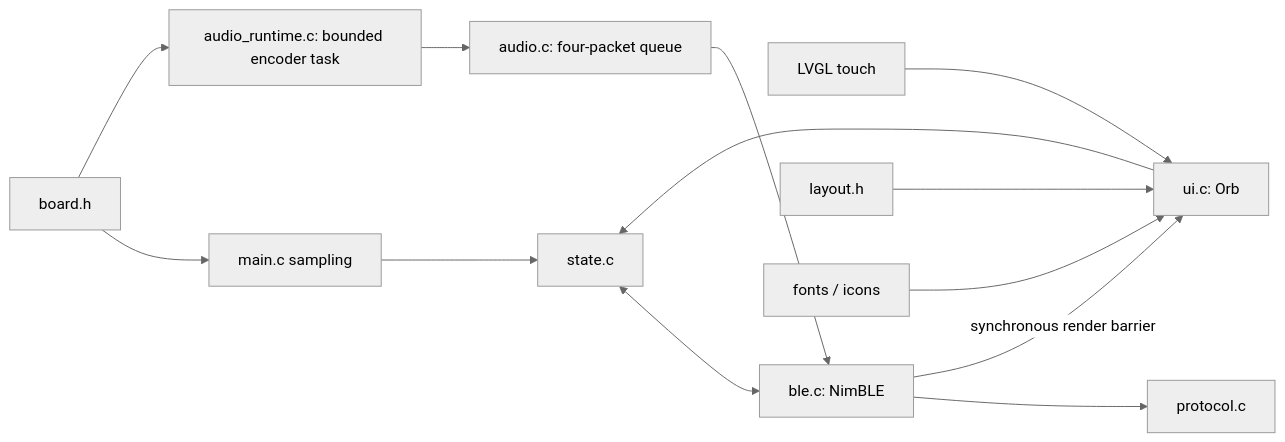
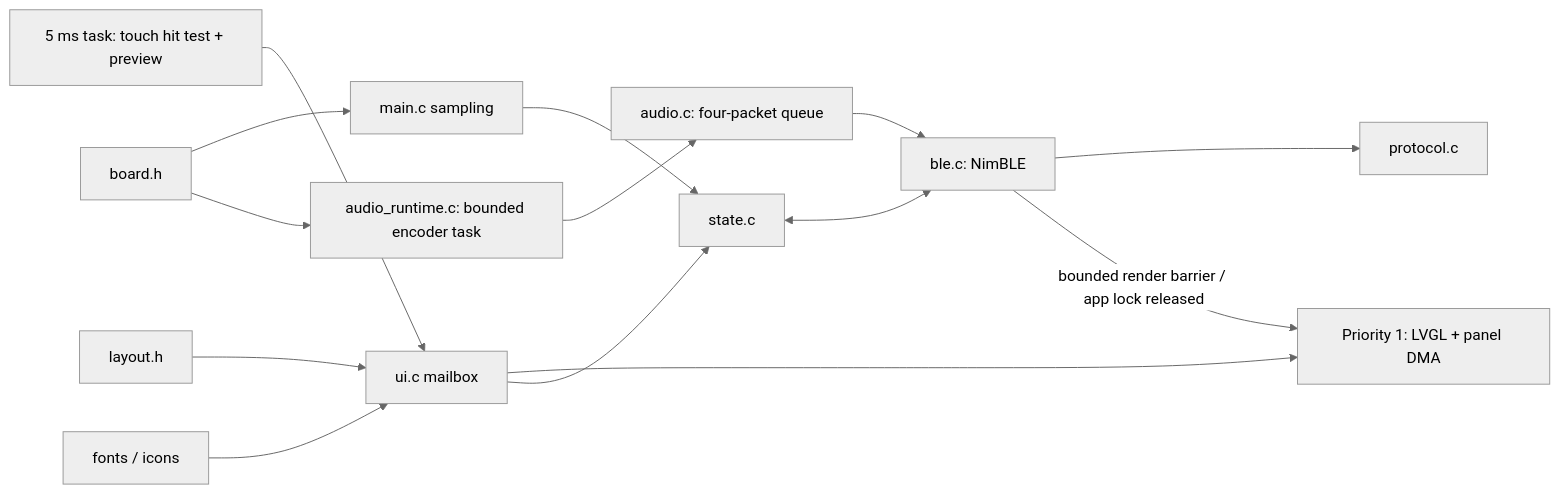
One commit to Harwasch/voiceremote changed the diagram in FW/app/README.md. Above: the diagram before and after it, drawn with Mermaid (neutral theme). The commit also changed other lines of this file and 20 other files, not shown here.

````diff
--- a/FW/app/README.md
+++ b/FW/app/README.md
@@ -3,13 +3,14 @@
 ```mermaid
 flowchart LR
     Board[board.h] --> Main[main.c sampling]
-    Touch[LVGL touch] --> UI[ui.c: Orb]
+    Touch[5 ms task: touch hit test + preview] --> UI[ui.c mailbox]
+    UI --> Render[Priority 1: LVGL + panel DMA]
     Main & UI --> State[state.c]
     State <--> BLE[ble.c: NimBLE]
     Board --> Worker[audio_runtime.c: bounded encoder task]
     Worker --> Transport[audio.c: four-packet queue]
     Transport --> BLE
     BLE --> Wire[protocol.c]
-    BLE -->|synchronous render barrier| UI
+    BLE -->|bounded render barrier / app lock released| Render
     Geometry[layout.h] & Assets[fonts / icons] --> UI
 ```
````
